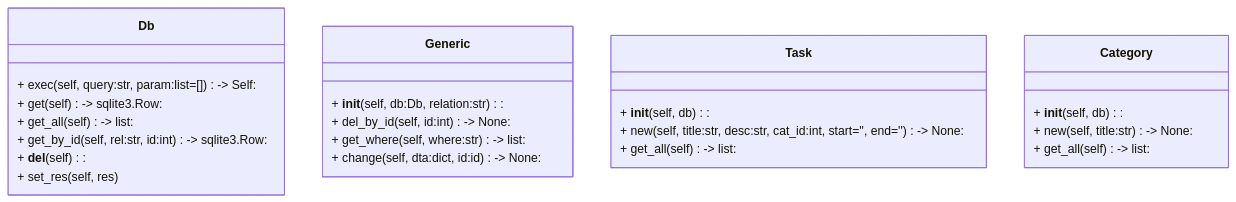
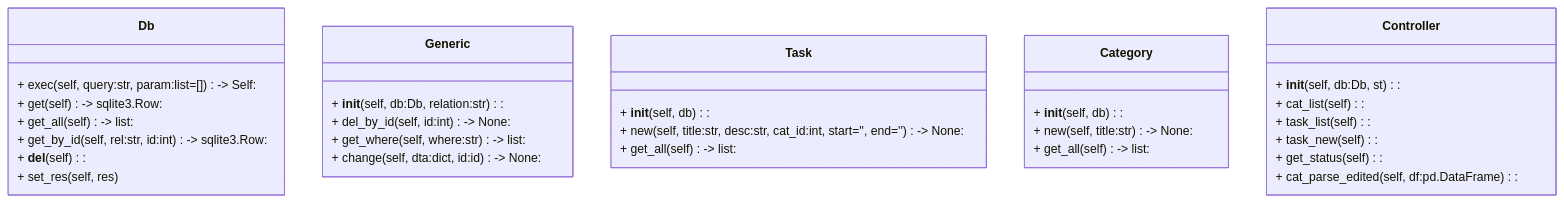
Before and after one commit to nevsglueckauf/2doList: the first of 2 diagrams in doq/dad.md, drawn with Mermaid. The commit also changed 7 other files, not shown here.

````diff
--- a/doq/dad.md
+++ b/doq/dad.md
@@ -10,33 +10,42 @@
 ```mermaid
 classDiagram
 
     class Db{
         +  exec(self, query:str, param:list=[]) -> Self:
         +  get(self) -> sqlite3.Row:
         +  get_all(self) -> list:
         +  get_by_id(self, rel:str, id:int) -> sqlite3.Row:
         +  __del__(self):
         +  set_res(self, res)
     }
 
     
     class Generic{
         +  __init__(self, db:Db, relation:str):
         +  del_by_id(self, id:int) -> None:
         +  get_where(self, where:str) -> list:
         +  change(self, dta:dict, id:id) -> None:
     }
 
     class Task{
         +  __init__(self, db):
         +  new(self, title:str, desc:str, cat_id:int, start='', end='') -> None:
         +  get_all(self) -> list:
     }
 
     class Category{
         +  __init__(self, db):
         +  new(self, title:str) -> None:
         +  get_all(self) -> list:
 
     }
+
+    class Controller{
+        + __init__(self, db:Db, st):
+        + cat_list(self):
+        + task_list(self):
+        + task_new(self):
+        + get_status(self):
+        + cat_parse_edited(self, df:pd.DataFrame):
+    }
 ```
````
